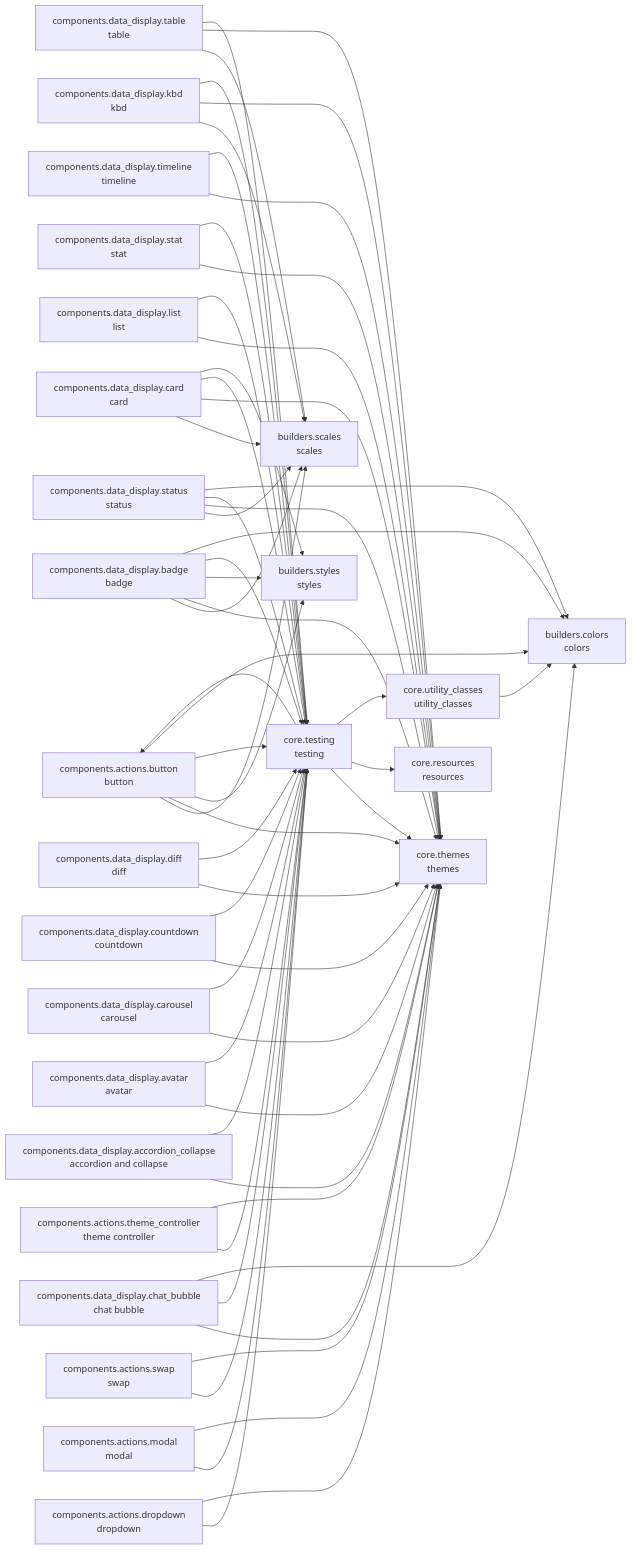
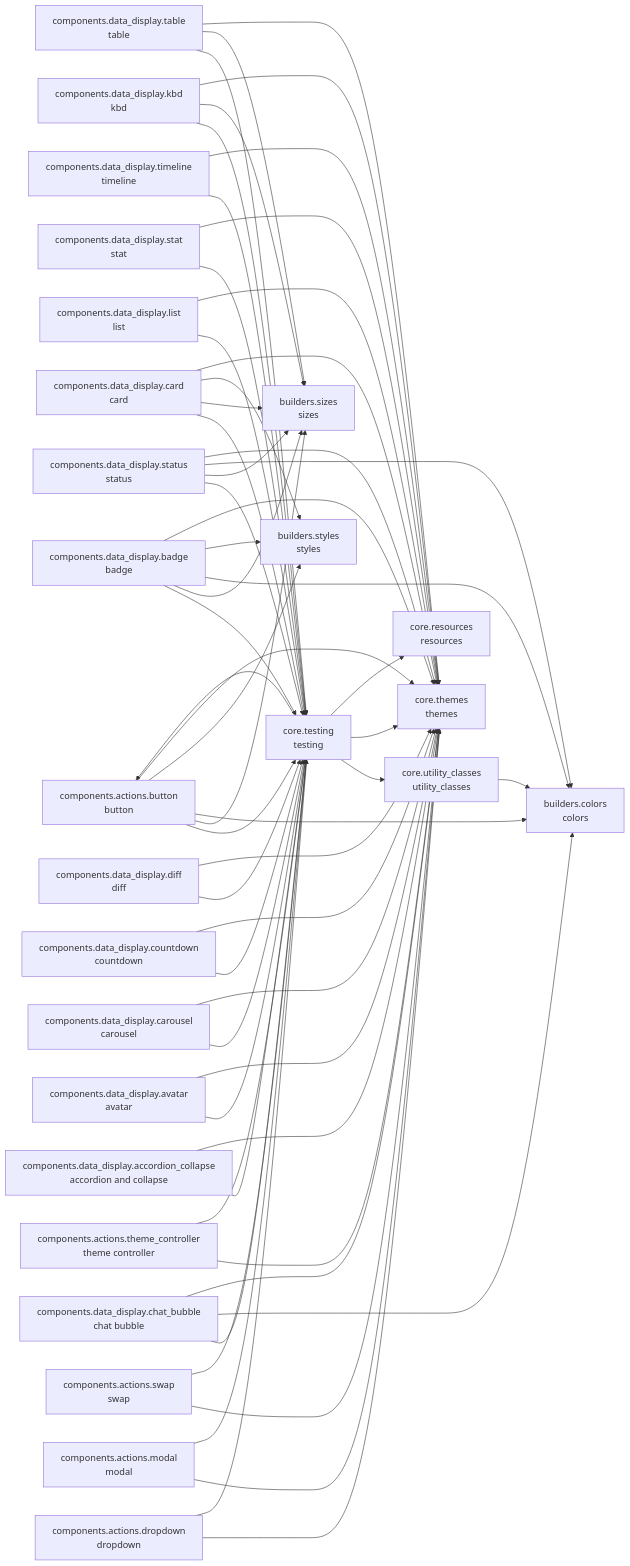
One commit to cj-mills/cjm-fasthtml-daisyui changed the diagram in README.md. Above: the diagram before and after it, drawn with Mermaid. The commit also changed other lines of this file and 16 other files, not shown here.

Commit message:
Rename nbs/builders/scales.ipynb notebook to sizes.ipynb.

````diff
--- a/README.md
+++ b/README.md
@@ -61,7 +61,7 @@
 ``` mermaid
 graph LR
     builders_colors[builders.colors<br/>colors]
-    builders_scales[builders.scales<br/>scales]
+    builders_sizes[builders.sizes<br/>sizes]
     builders_styles[builders.styles<br/>styles]
     components_actions_button[components.actions.button<br/>button]
     components_actions_dropdown[components.actions.dropdown<br/>dropdown]
@@ -87,60 +87,60 @@
     core_themes[core.themes<br/>themes]
     core_utility_classes[core.utility_classes<br/>utility_classes]
 
-    components_actions_button --> builders_scales
+    components_actions_button --> core_testing
+    components_actions_button --> builders_sizes
+    components_actions_button --> builders_colors
+    components_actions_button --> builders_styles
     components_actions_button --> core_themes
-    components_actions_button --> builders_styles
-    components_actions_button --> core_testing
-    components_actions_button --> builders_colors
+    components_actions_dropdown --> core_themes
     components_actions_dropdown --> core_testing
-    components_actions_dropdown --> core_themes
+    components_actions_modal --> core_themes
     components_actions_modal --> core_testing
-    components_actions_modal --> core_themes
+    components_actions_swap --> core_themes
     components_actions_swap --> core_testing
-    components_actions_swap --> core_themes
+    components_actions_theme_controller --> core_themes
     components_actions_theme_controller --> core_testing
-    components_actions_theme_controller --> core_themes
+    components_data_display_accordion_collapse --> core_testing
     components_data_display_accordion_collapse --> core_themes
-    components_data_display_accordion_collapse --> core_testing
+    components_data_display_avatar --> core_testing
     components_data_display_avatar --> core_themes
-    components_data_display_avatar --> core_testing
-    components_data_display_badge --> builders_scales
+    components_data_display_badge --> core_testing
+    components_data_display_badge --> builders_sizes
+    components_data_display_badge --> builders_colors
+    components_data_display_badge --> builders_styles
     components_data_display_badge --> core_themes
-    components_data_display_badge --> builders_styles
-    components_data_display_badge --> core_testing
-    components_data_display_badge --> builders_colors
-    components_data_display_card --> builders_scales
+    components_data_display_card --> core_testing
+    components_data_display_card --> builders_sizes
+    components_data_display_card --> builders_styles
     components_data_display_card --> core_themes
-    components_data_display_card --> core_testing
-    components_data_display_card --> builders_styles
+    components_data_display_carousel --> core_testing
     components_data_display_carousel --> core_themes
-    components_data_display_carousel --> core_testing
-    components_data_display_chat_bubble --> core_themes
     components_data_display_chat_bubble --> core_testing
     components_data_display_chat_bubble --> builders_colors
+    components_data_display_chat_bubble --> core_themes
+    components_data_display_countdown --> core_testing
     components_data_display_countdown --> core_themes
-    components_data_display_countdown --> core_testing
+    components_data_display_diff --> core_testing
     components_data_display_diff --> core_themes
-    components_data_display_diff --> core_testing
-    components_data_display_kbd --> builders_scales
+    components_data_display_kbd --> core_testing
+    components_data_display_kbd --> builders_sizes
     components_data_display_kbd --> core_themes
-    components_data_display_kbd --> core_testing
+    components_data_display_list --> core_testing
     components_data_display_list --> core_themes
-    components_data_display_list --> core_testing
+    components_data_display_stat --> core_testing
     components_data_display_stat --> core_themes
-    components_data_display_stat --> core_testing
-    components_data_display_status --> builders_scales
+    components_data_display_status --> core_testing
+    components_data_display_status --> builders_sizes
+    components_data_display_status --> builders_colors
     components_data_display_status --> core_themes
-    components_data_display_status --> core_testing
-    components_data_display_status --> builders_colors
-    components_data_display_table --> builders_scales
+    components_data_display_table --> core_testing
+    components_data_display_table --> builders_sizes
     components_data_display_table --> core_themes
-    components_data_display_table --> core_testing
+    components_data_display_timeline --> core_testing
     components_data_display_timeline --> core_themes
-    components_data_display_timeline --> core_testing
+    core_testing --> core_utility_classes
     core_testing --> core_themes
     core_testing --> core_resources
-    core_testing --> core_utility_classes
     core_testing --> components_actions_button
     core_utility_classes --> builders_colors
 ```
````
